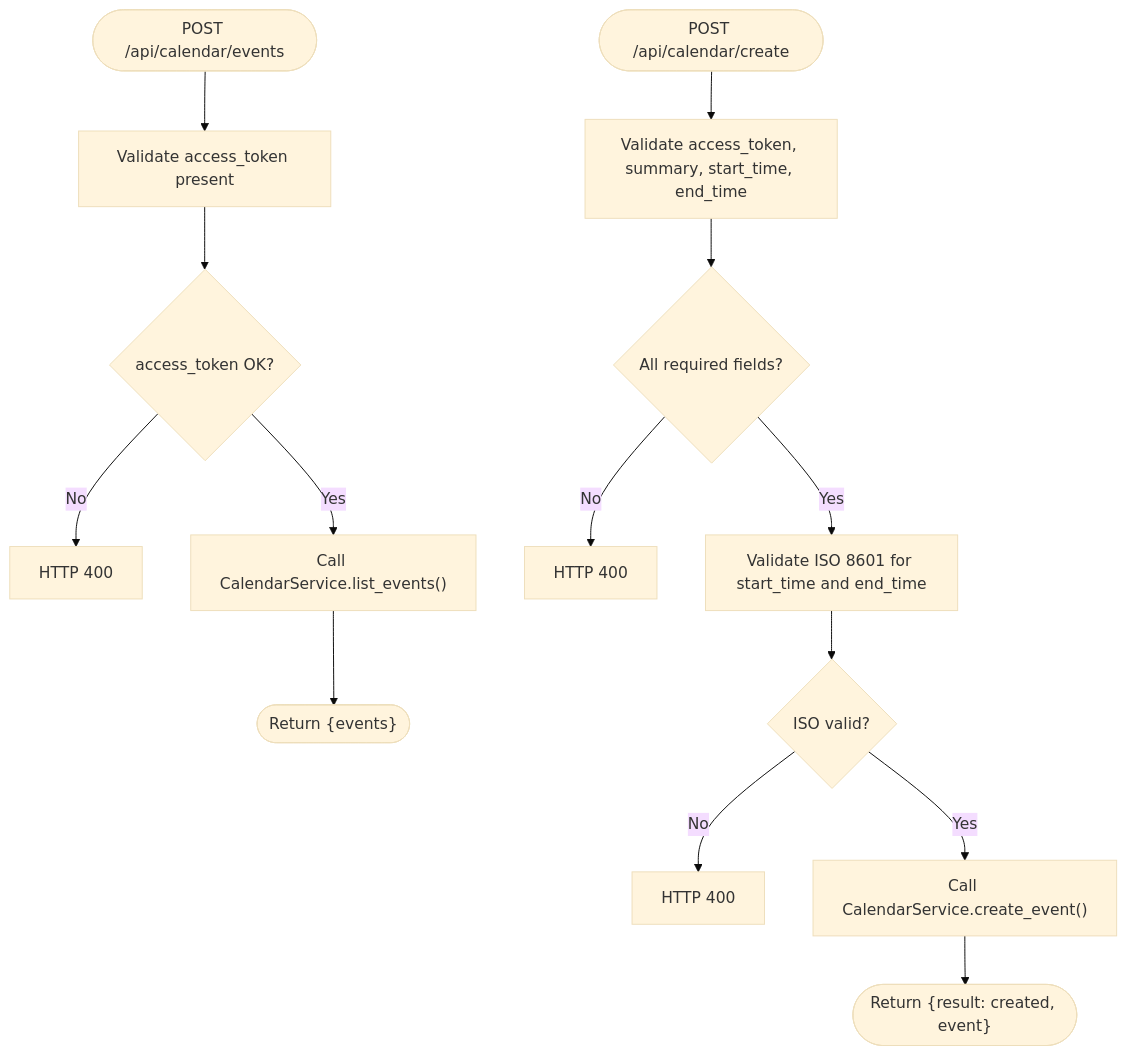
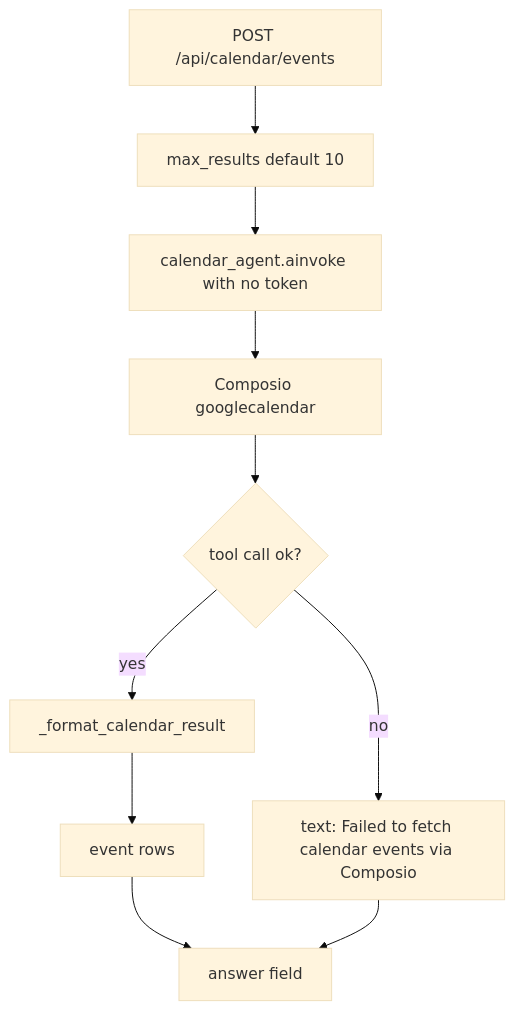
The third of 6 diagrams in src/data/docs/agentic-browser/Service Integrations/Calendar Integration.md (tashifkhan/tashif.codes), drawn with Mermaid (base theme) before and after one commit. The commit also changed other lines of this file and 114 other files, not shown here.

````diff
--- a/src/data/docs/agentic-browser/Service Integrations/Calendar Integration.md
+++ b/src/data/docs/agentic-browser/Service Integrations/Calendar Integration.md
@@ -115,16 +97,12 @@
 ```mermaid
 flowchart TD
-Start(["POST /api/calendar/events"]) --> CheckAT["Validate access_token present"]
-CheckAT --> ATOK{"access_token OK?"}
-ATOK --> |No| E400["HTTP 400"]
-ATOK --> |Yes| CallSvc["Call CalendarService.list_events()"]
-CallSvc --> Done(["Return {events}"])
-Start2(["POST /api/calendar/create"]) --> Vars["Validate access_token, summary, start_time, end_time"]
-Vars --> VOK{"All required fields?"}
-VOK --> |No| E400_2["HTTP 400"]
-VOK --> |Yes| ISO["Validate ISO 8601 for start_time and end_time"]
-ISO --> ISOOK{"ISO valid?"}
-ISOOK --> |No| E400_3["HTTP 400"]
-ISOOK --> |Yes| CallSvc2["Call CalendarService.create_event()"]
-CallSvc2 --> Done2(["Return {result: created, event}"])
+  A["POST /api/calendar/events"] --> B["max_results default 10"]
+  B --> C["calendar_agent.ainvoke with no token"]
+  C --> D["Composio googlecalendar"]
+  D --> E{"tool call ok?"}
+  E -- no --> F["text: Failed to fetch calendar events via Composio"]
+  E -- yes --> G["_format_calendar_result"]
+  G --> H["event rows"]
+  H --> I["answer field"]
+  F --> I
 ```
````
